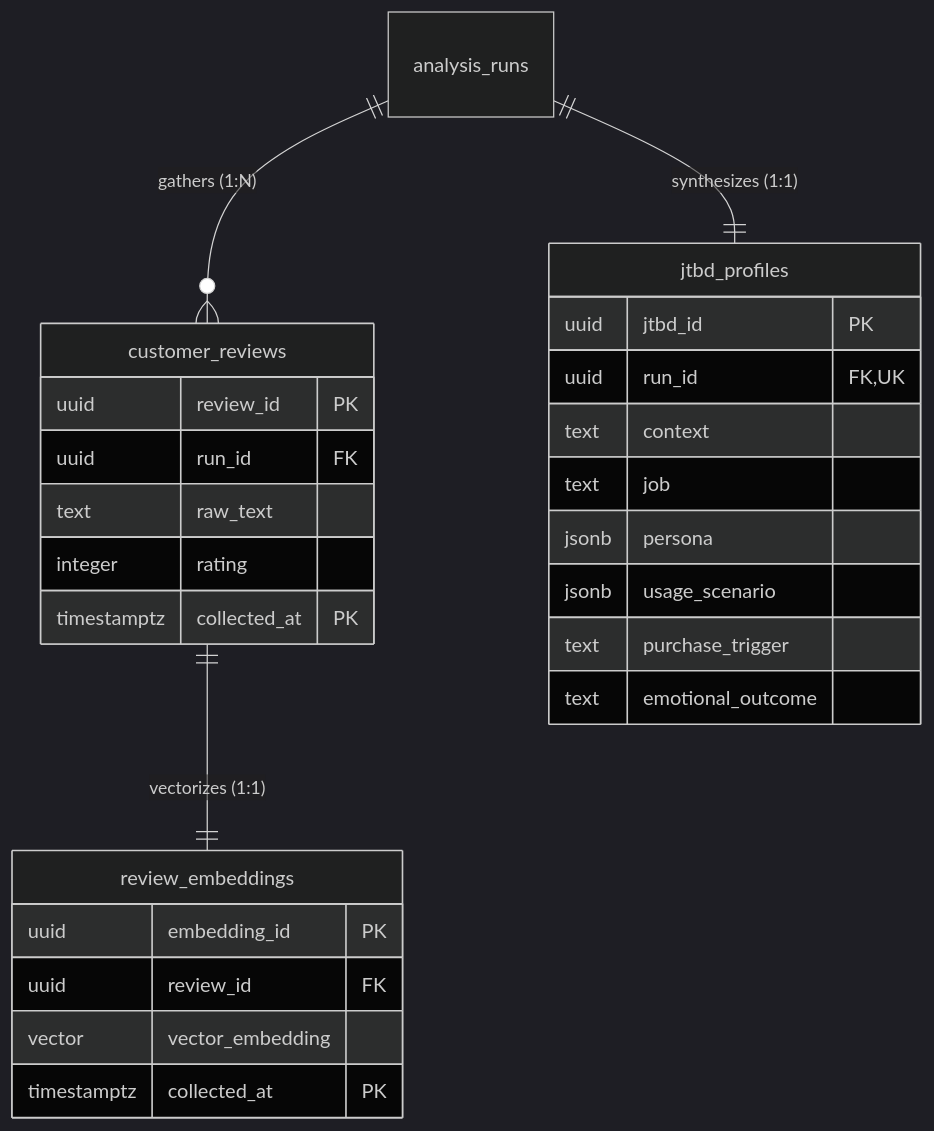
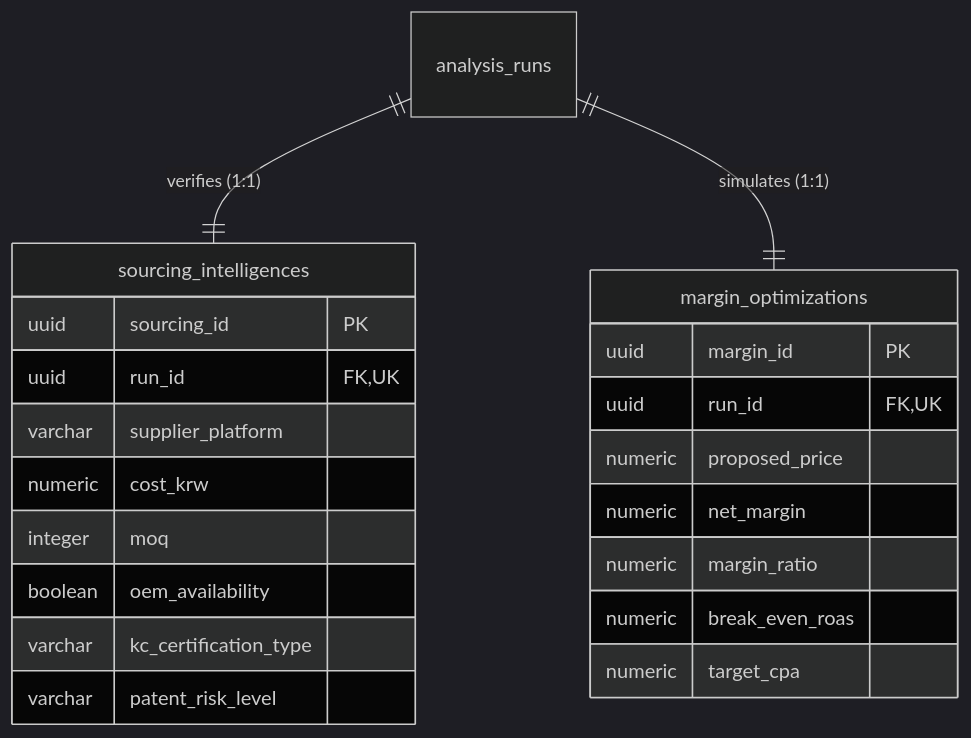
One commit to shk0425-coder/ai-product-intelligence-platform changed the diagram in REVIEW.md. Above: the diagram before and after it, drawn with Mermaid (dark theme). The commit also changed other lines of this file and 3 other files, not shown here.

````diff
--- a/REVIEW.md
+++ b/REVIEW.md
@@ -72,32 +72,26 @@
 ```mermaid
 erDiagram
-    analysis_runs ||--o{ customer_reviews : "gathers (1:N)"
-    analysis_runs ||--|| jtbd_profiles : "synthesizes (1:1)"
-    customer_reviews ||--|| review_embeddings : "vectorizes (1:1)"
+    analysis_runs ||--|| sourcing_intelligences : "verifies (1:1)"
+    analysis_runs ||--|| margin_optimizations : "simulates (1:1)"
     
-    customer_reviews {
-        uuid review_id PK
-        uuid run_id FK
-        text raw_text
-        integer rating
-        timestamptz collected_at PK
+    sourcing_intelligences {
+        uuid sourcing_id PK
+        uuid run_id FK, UK
+        varchar supplier_platform
+        numeric cost_krw
+        integer moq
+        boolean oem_availability
+        varchar kc_certification_type
+        varchar patent_risk_level
     }
     
-    review_embeddings {
-        uuid embedding_id PK
-        uuid review_id FK
-        vector vector_embedding
-        timestamptz collected_at PK
-    }
-    
-    jtbd_profiles {
-        uuid jtbd_id PK
+    margin_optimizations {
+        uuid margin_id PK
         uuid run_id FK, UK
-        text context
-        text job
-        jsonb persona
-        jsonb usage_scenario
-        text purchase_trigger
-        text emotional_outcome
+        numeric proposed_price
+        numeric net_margin
+        numeric margin_ratio
+        numeric break_even_roas
+        numeric target_cpa
     }
 ```
````
